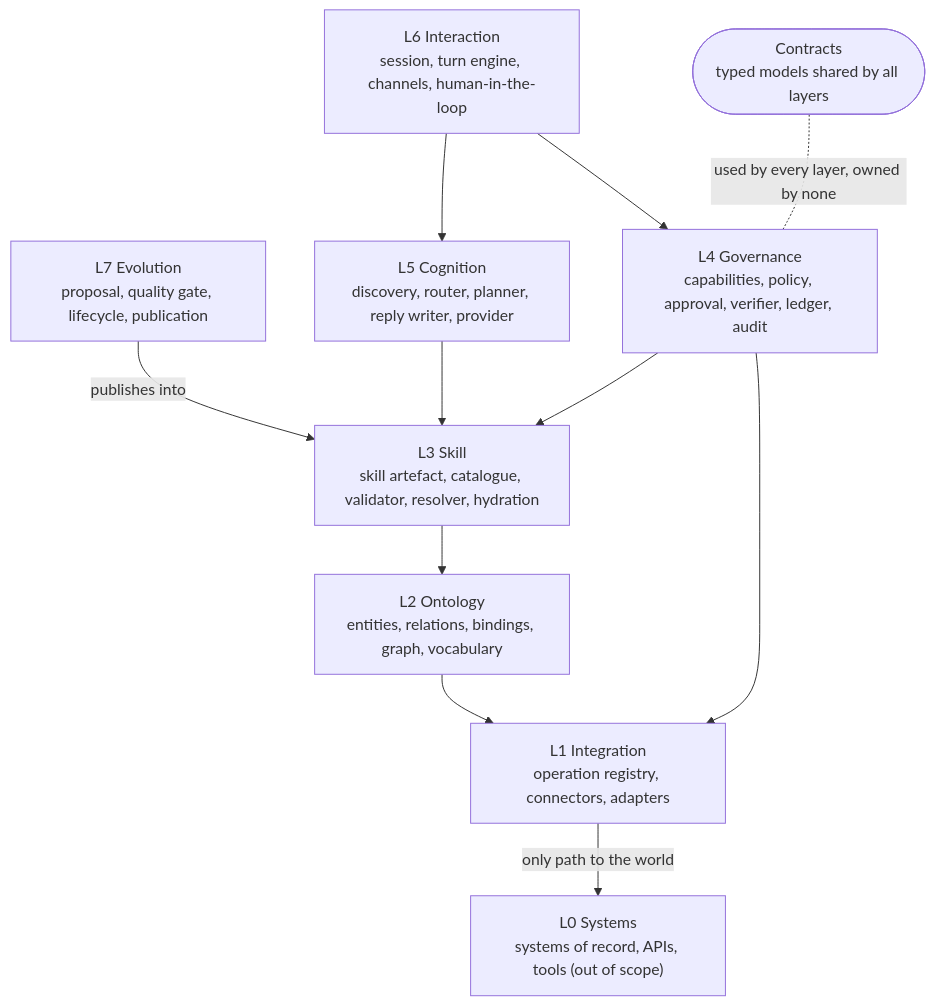
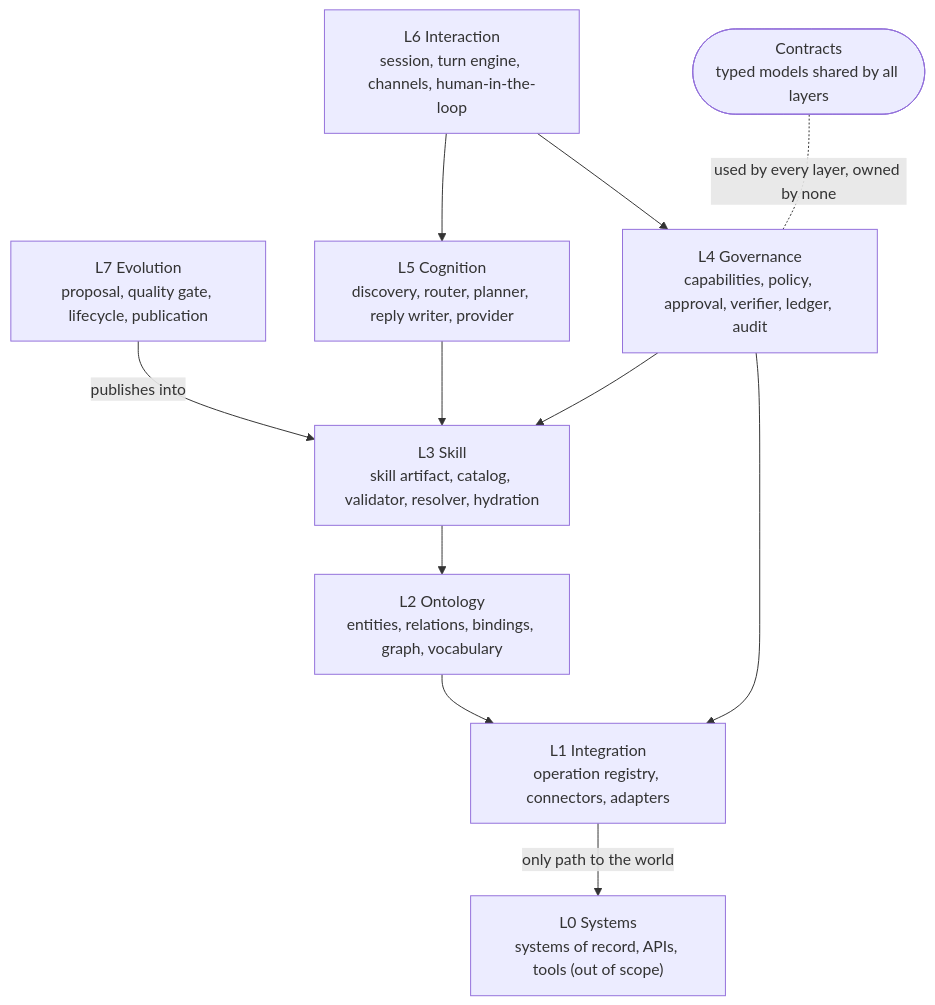
One commit to aantenore/oska changed the diagram in spec/02-layers.md. Above: the diagram before and after it, drawn with Mermaid. The commit also changed other lines of this file and 159 other files, not shown here.

````diff
--- a/spec/02-layers.md
+++ b/spec/02-layers.md
@@ -8,23 +8,23 @@
 ```mermaid
 flowchart TB
     L7["L7 Evolution<br/>proposal, quality gate, lifecycle, publication"]
     L6["L6 Interaction<br/>session, turn engine, channels, human-in-the-loop"]
     L5["L5 Cognition<br/>discovery, router, planner, reply writer, provider"]
     L4["L4 Governance<br/>capabilities, policy, approval, verifier, ledger, audit"]
-    L3["L3 Skill<br/>skill artefact, catalogue, validator, resolver, hydration"]
+    L3["L3 Skill<br/>skill artifact, catalog, validator, resolver, hydration"]
     L2["L2 Ontology<br/>entities, relations, bindings, graph, vocabulary"]
     L1["L1 Integration<br/>operation registry, connectors, adapters"]
     L0["L0 Systems<br/>systems of record, APIs, tools (out of scope)"]
     C(["Contracts<br/>typed models shared by all layers"])
 
     L7 -->|"publishes into"| L3
     L6 --> L5
     L6 --> L4
     L5 --> L3
     L4 --> L3
     L4 --> L1
     L3 --> L2
     L2 --> L1
     L1 -->|"only path to the world"| L0
     C -.-|"used by every layer, owned by none"| L4
 ```
````
